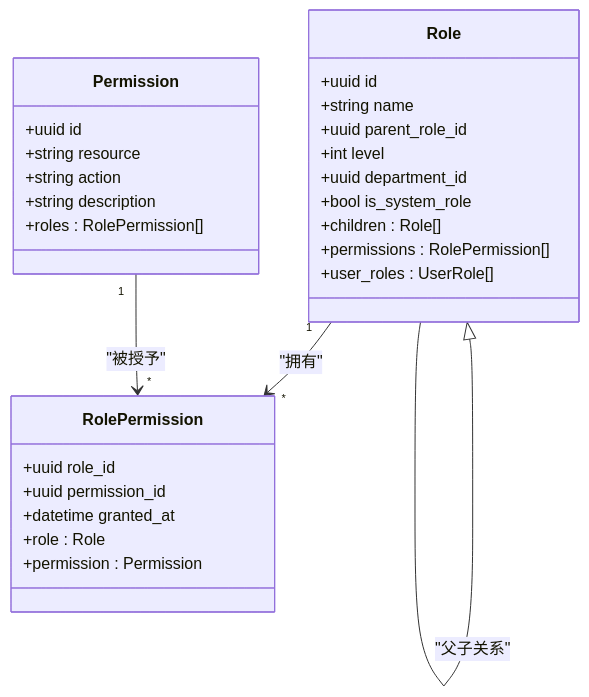
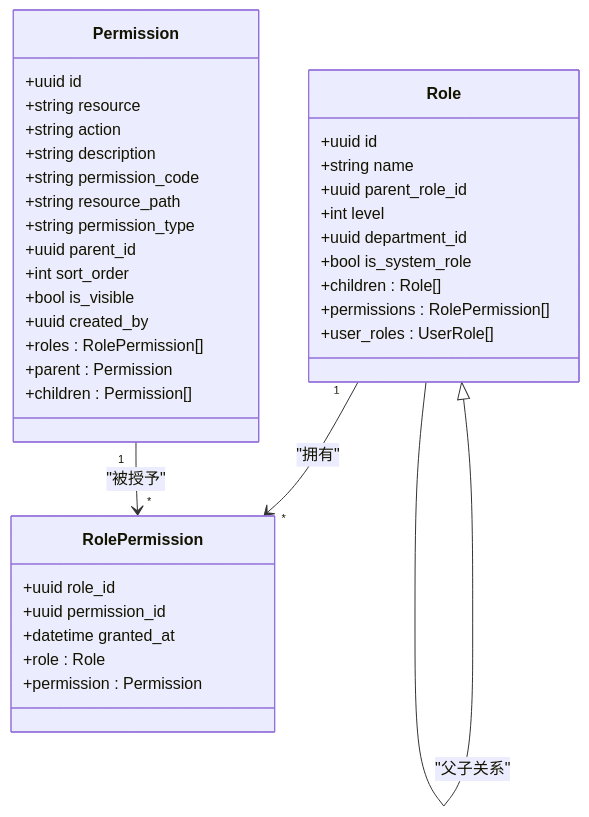
The fourth of 11 diagrams in .qoder/repowiki/zh/content/企业功能/RBAC 权限系统.md (joezxh/CoPaw), drawn with Mermaid before and after one commit. The commit also changed other lines of this file and 20 other files, not shown here.

````diff
--- a/.qoder/repowiki/zh/content/企业功能/RBAC 权限系统.md
+++ b/.qoder/repowiki/zh/content/企业功能/RBAC 权限系统.md
@@ -189,31 +212,40 @@
 ```mermaid
 classDiagram
 class Role {
 +uuid id
 +string name
 +uuid parent_role_id
 +int level
 +uuid department_id
 +bool is_system_role
 +children : Role[]
 +permissions : RolePermission[]
 +user_roles : UserRole[]
 }
 class RolePermission {
 +uuid role_id
 +uuid permission_id
 +datetime granted_at
 +role : Role
 +permission : Permission
 }
 class Permission {
 +uuid id
 +string resource
 +string action
 +string description
++string permission_code
++string resource_path
++string permission_type
++uuid parent_id
++int sort_order
++bool is_visible
++uuid created_by
 +roles : RolePermission[]
++parent : Permission
++children : Permission[]
 }
 Role <|-- Role : "父子关系"
 Role "1" --> "*" RolePermission : "拥有"
 Permission "1" --> "*" RolePermission : "被授予"
 ```
````
